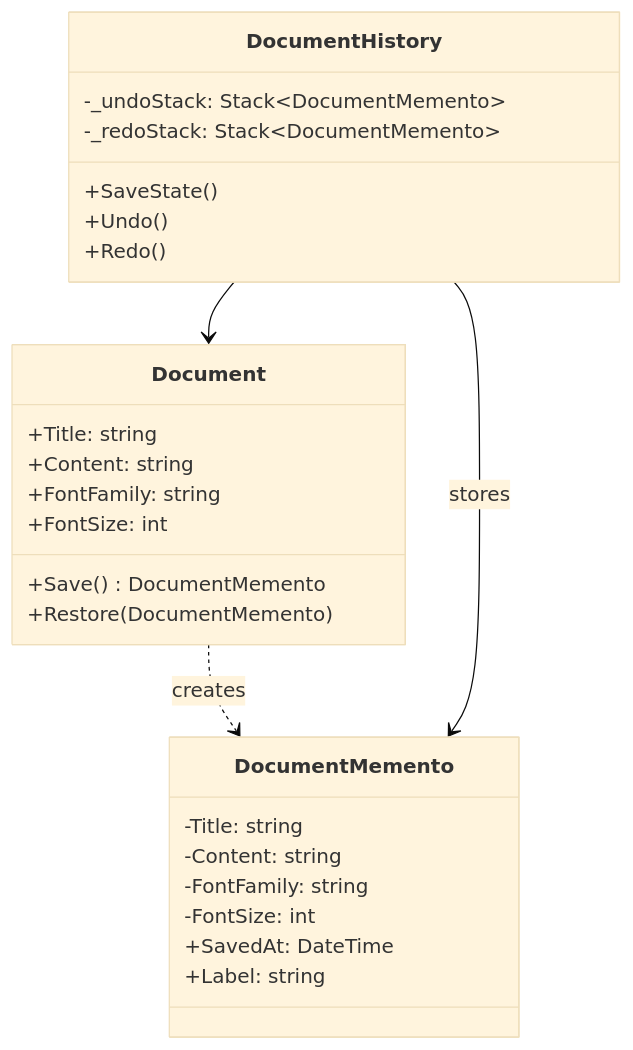
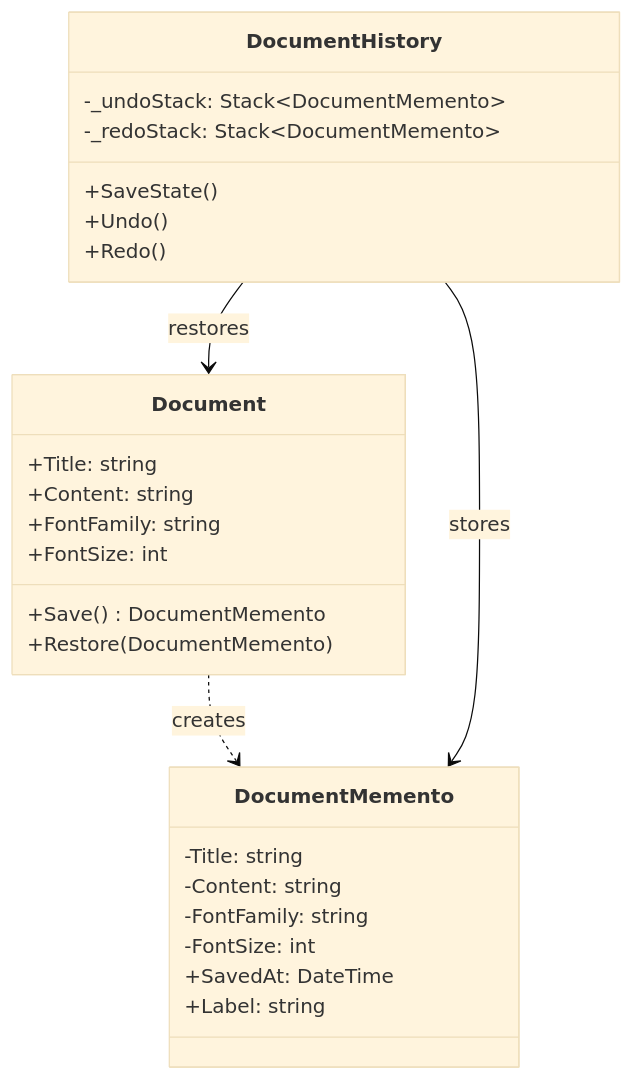
One commit to senapatisantosh/DotnetAdvanceDesignPattern changed the first of 2 diagrams in src/DesignPatterns.Behavioral/Memento/README.md. Above: the diagram before and after it, drawn with Mermaid (base theme). The commit also changed other lines of this file and 12 other files, not shown here.

````diff
--- a/src/DesignPatterns.Behavioral/Memento/README.md
+++ b/src/DesignPatterns.Behavioral/Memento/README.md
@@ -67,30 +69,30 @@
 ```mermaid
 classDiagram
     class Document {
         +Title: string
         +Content: string
         +FontFamily: string
         +FontSize: int
         +Save() DocumentMemento
         +Restore(DocumentMemento)
     }
     class DocumentMemento {
         -Title: string
         -Content: string
         -FontFamily: string
         -FontSize: int
         +SavedAt: DateTime
         +Label: string
     }
     class DocumentHistory {
         -_undoStack: Stack~DocumentMemento~
         -_redoStack: Stack~DocumentMemento~
         +SaveState()
         +Undo()
         +Redo()
     }
 
     Document ..> DocumentMemento : creates
-    DocumentHistory --> Document
     DocumentHistory --> DocumentMemento : stores
+    DocumentHistory --> Document : restores
 ```
````
